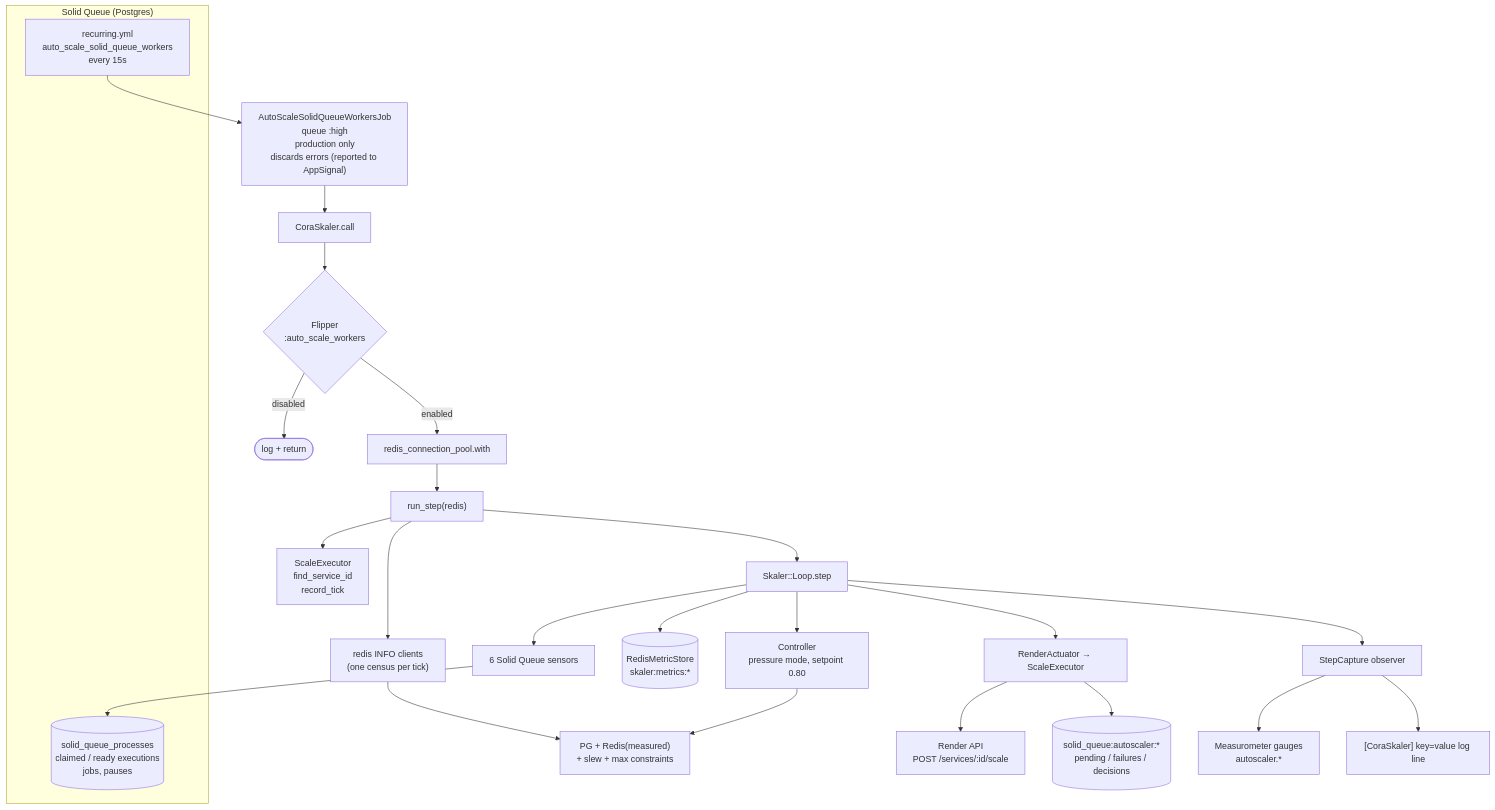
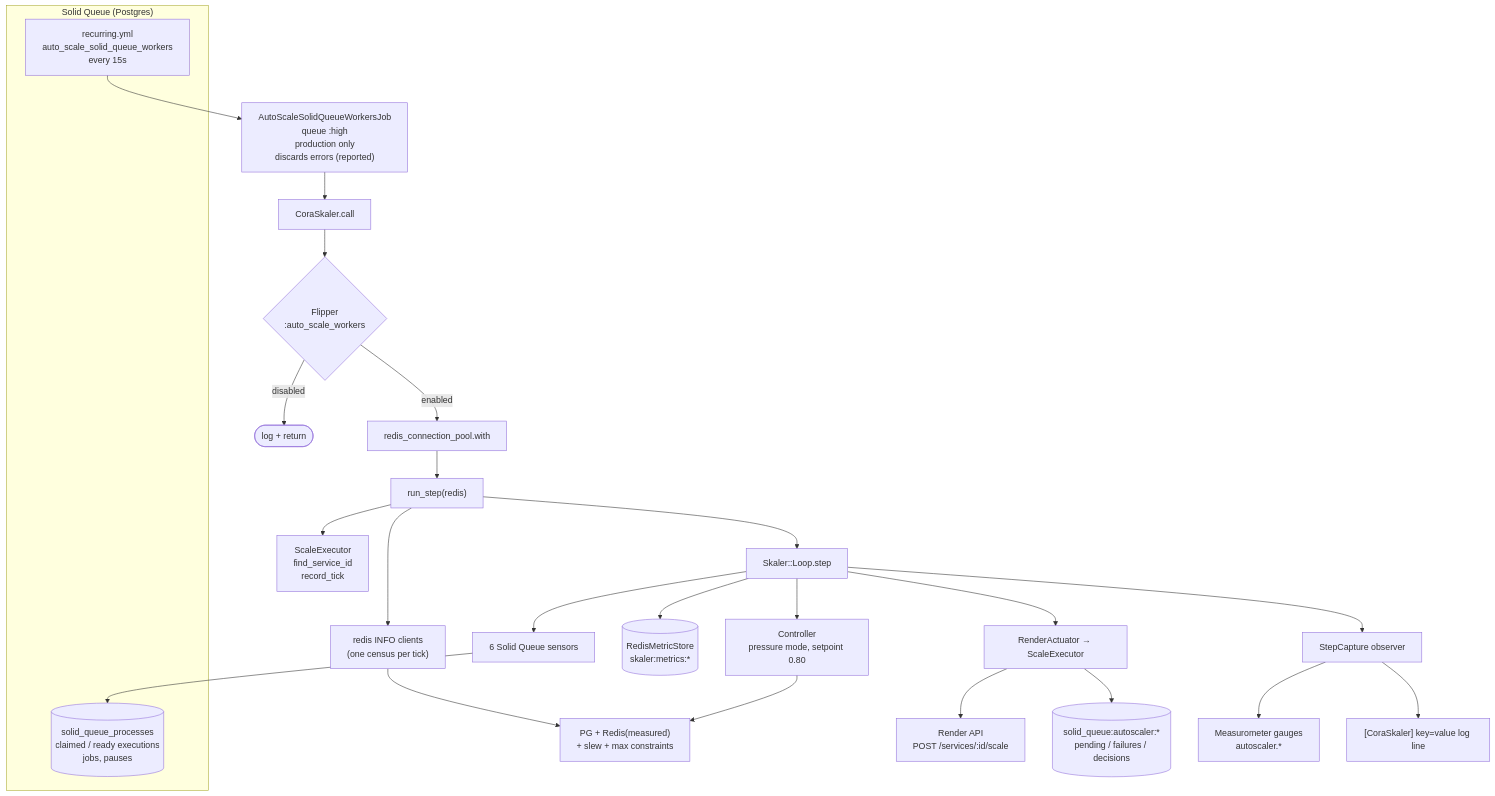
Before and after one commit to julik/skaler: the first of 2 diagrams in EXAMPLE_CONFIG.md, drawn with Mermaid. The commit also changed other lines of this file and 1 other file, not shown here.

````diff
--- a/EXAMPLE_CONFIG.md
+++ b/EXAMPLE_CONFIG.md
@@ -7,29 +44,29 @@
 ```mermaid
 flowchart TB
     subgraph SQ["Solid Queue (Postgres)"]
         REC["recurring.yml<br/>auto_scale_solid_queue_workers<br/>every 15s"]
         T[("solid_queue_processes<br/>claimed / ready executions<br/>jobs, pauses")]
     end
 
-    REC --> JOB["AutoScaleSolidQueueWorkersJob<br/>queue :high<br/>production only<br/>discards errors (reported to AppSignal)"]
+    REC --> JOB["AutoScaleSolidQueueWorkersJob<br/>queue :high<br/>production only<br/>discards errors (reported)"]
     JOB --> CS["CoraSkaler.call"]
     CS --> FL{"Flipper<br/>:auto_scale_workers"}
     FL -- disabled --> STOP(["log + return"])
     FL -- enabled --> POOL["redis_connection_pool.with"]
     POOL --> RUN["run_step(redis)"]
 
     RUN --> EX["ScaleExecutor<br/>find_service_id<br/>record_tick"]
     RUN --> CEN["redis INFO clients<br/>(one census per tick)"]
     RUN --> LOOP["Skaler::Loop.step"]
     LOOP --> SENS["6 Solid Queue sensors"] --> T
     LOOP --> STORE[("RedisMetricStore<br/>skaler:metrics:*")]
     LOOP --> CTRL["Controller<br/>pressure mode, setpoint 0.80"]
     CTRL --> CONS["PG + Redis(measured)<br/>+ slew + max constraints"]
     CEN --> CONS
     LOOP --> ACT["RenderActuator → ScaleExecutor"]
     ACT --> RENDER["Render API<br/>POST /services/:id/scale"]
     ACT --> EXK[("solid_queue:autoscaler:*<br/>pending / failures / decisions")]
     LOOP --> CAP["StepCapture observer"]
     CAP --> G["Measurometer gauges<br/>autoscaler.*"]
     CAP --> LOG["[CoraSkaler] key=value log line"]
 ```
````
